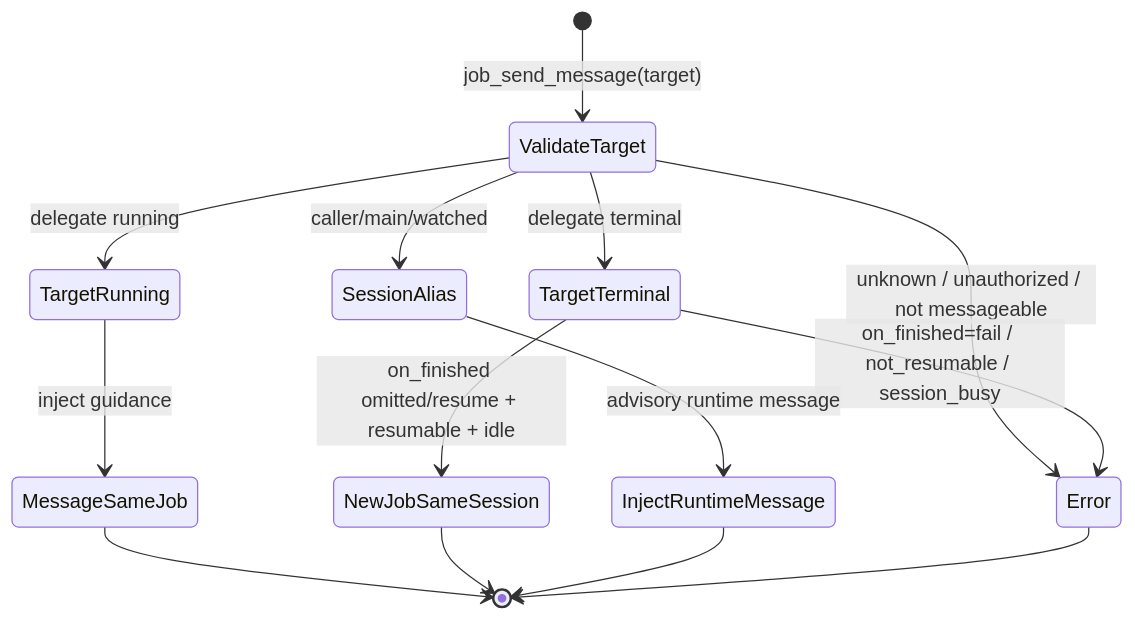
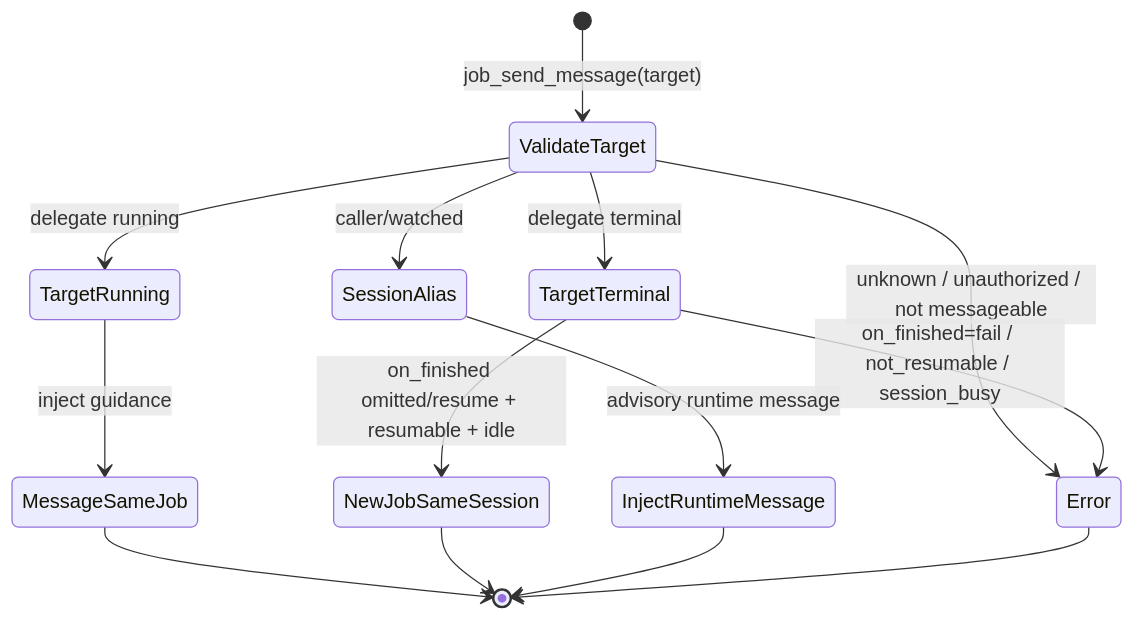
Before and after one commit to prime-radiant-inc/evener: the second of 7 diagrams in docs/job-control.md, drawn with Mermaid. The commit also changed other lines of this file and 5 other files, not shown here.

````diff
--- a/docs/job-control.md
+++ b/docs/job-control.md
@@ -397,16 +397,16 @@
 ```mermaid
 stateDiagram-v2
     [*] --> ValidateTarget: job_send_message(target)
     ValidateTarget --> Error: unknown / unauthorized / not messageable
     ValidateTarget --> TargetRunning: delegate running
     ValidateTarget --> TargetTerminal: delegate terminal
-    ValidateTarget --> SessionAlias: caller/main/watched
+    ValidateTarget --> SessionAlias: caller/watched
     TargetRunning --> MessageSameJob: inject guidance
     TargetTerminal --> NewJobSameSession: on_finished omitted/resume + resumable + idle
     TargetTerminal --> Error: on_finished=fail / not_resumable / session_busy
     SessionAlias --> InjectRuntimeMessage: advisory runtime message
     MessageSameJob --> [*]
     NewJobSameSession --> [*]
     InjectRuntimeMessage --> [*]
     Error --> [*]
 ```
````
